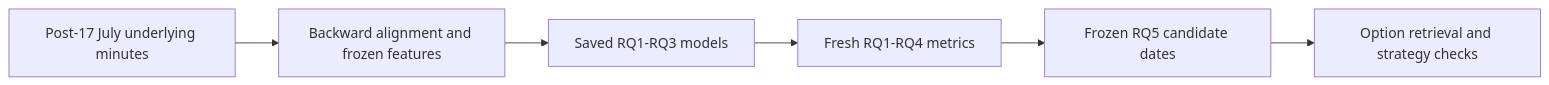
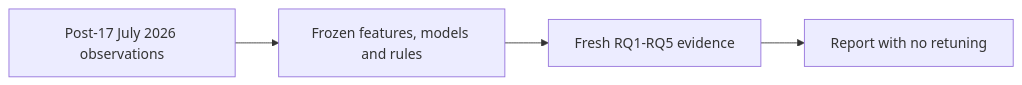
Before and after one commit to Ferreter/Dissertation: the diagram in docs/notebooks/18_fresh_holdout_end_to_end_evaluation.md, drawn with Mermaid. The commit also changed other lines of this file and 27 other files, not shown here.

````diff
--- a/docs/notebooks/18_fresh_holdout_end_to_end_evaluation.md
+++ b/docs/notebooks/18_fresh_holdout_end_to_end_evaluation.md
@@ -12,8 +13,6 @@
 ```mermaid
 flowchart LR
-    A["Post-17 July underlying minutes"] --> B["Backward alignment and frozen features"]
-    B --> C["Saved RQ1-RQ3 models"]
-    C --> D["Fresh RQ1-RQ4 metrics"]
-    D --> E["Frozen RQ5 candidate dates"]
-    E --> F["Option retrieval and strategy checks"]
+    A["Post-17 July 2026 observations"] --> B["Frozen features, models and rules"]
+    B --> C["Fresh RQ1-RQ5 evidence"]
+    C --> D["Report with no retuning"]
 ```
````
